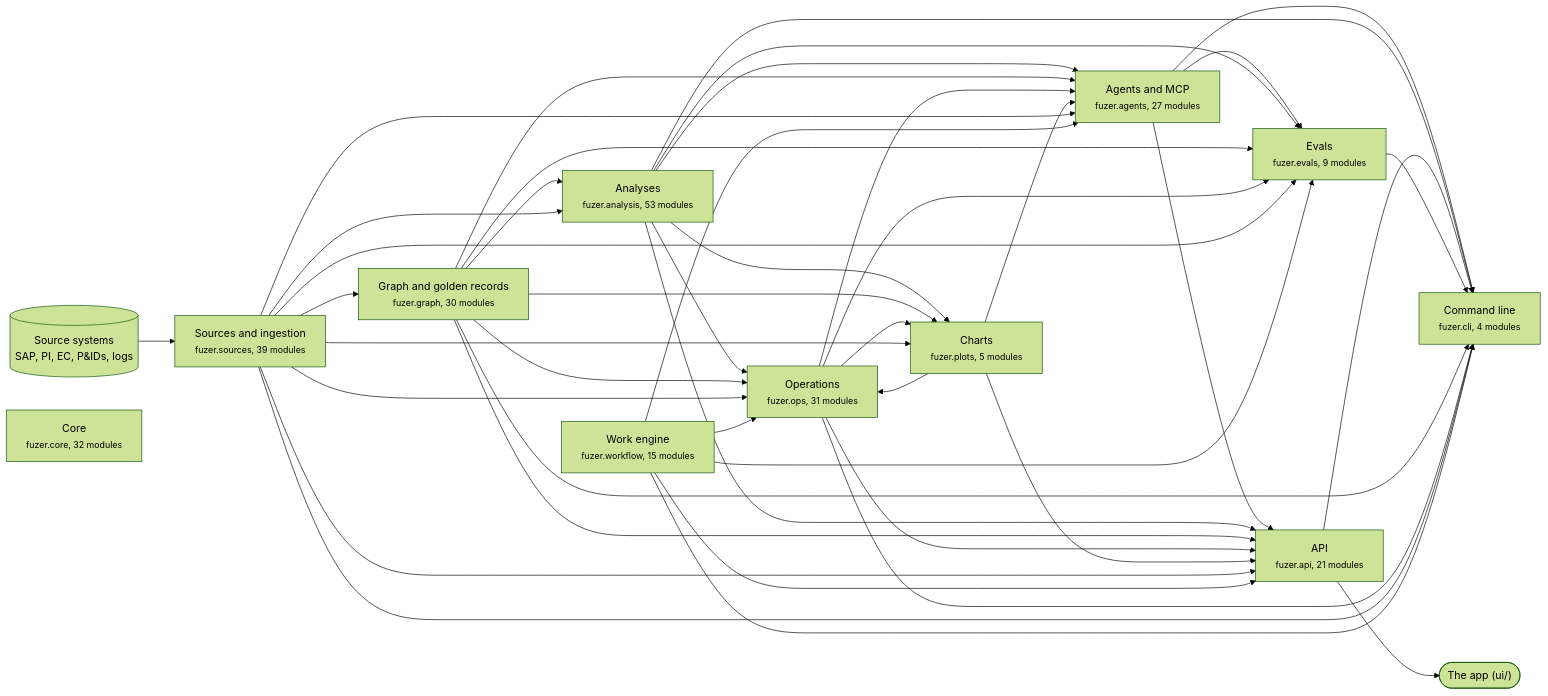
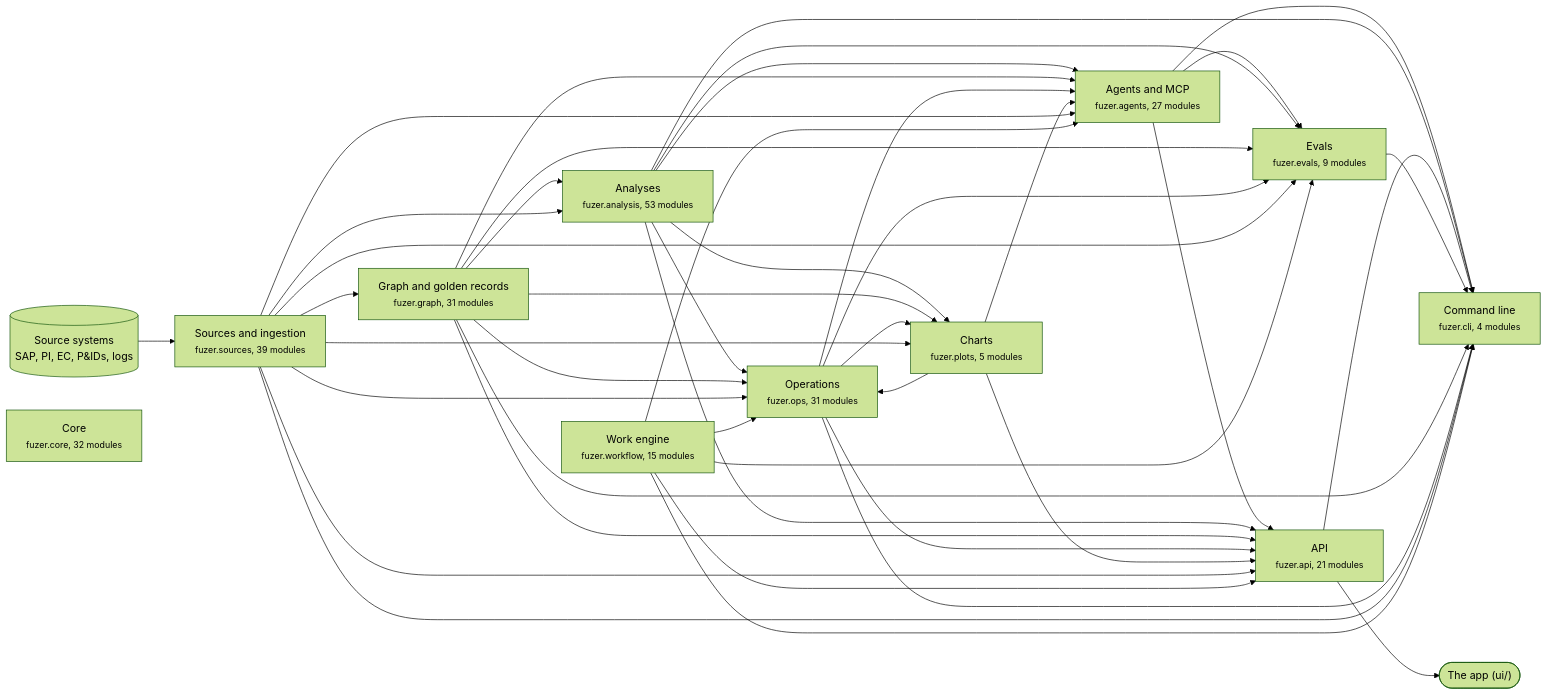
The first of 3 diagrams in docs/architecture.md (areed145/fuzer), drawn with Mermaid (forest theme) before and after one commit. The commit also changed other lines of this file and 14 other files, not shown here.

````diff
--- a/docs/architecture.md
+++ b/docs/architecture.md
@@ -8,67 +8,67 @@
 ```mermaid
 flowchart LR
   systems[("Source systems<br>SAP, PI, EC, P&IDs, logs")] --> c_sources
   app(["The app (ui/)"])
   c_api --> app
   c_sources["Sources and ingestion<br><small>fuzer.sources, 39 modules</small>"]
-  c_graph["Graph and golden records<br><small>fuzer.graph, 30 modules</small>"]
+  c_graph["Graph and golden records<br><small>fuzer.graph, 31 modules</small>"]
   c_analysis["Analyses<br><small>fuzer.analysis, 53 modules</small>"]
   c_ops["Operations<br><small>fuzer.ops, 31 modules</small>"]
   c_plots["Charts<br><small>fuzer.plots, 5 modules</small>"]
   c_workflow["Work engine<br><small>fuzer.workflow, 15 modules</small>"]
   c_agents["Agents and MCP<br><small>fuzer.agents, 27 modules</small>"]
   c_evals["Evals<br><small>fuzer.evals, 9 modules</small>"]
   c_api["API<br><small>fuzer.api, 21 modules</small>"]
   c_cli["Command line<br><small>fuzer.cli, 4 modules</small>"]
   c_core["Core<br><small>fuzer.core, 32 modules</small>"]
   c_sources --> c_graph
   c_graph --> c_analysis
   c_sources --> c_analysis
   c_analysis --> c_ops
   c_graph --> c_ops
   c_plots --> c_ops
   c_sources --> c_ops
   c_workflow --> c_ops
   c_analysis --> c_plots
   c_graph --> c_plots
   c_ops --> c_plots
   c_sources --> c_plots
   c_analysis --> c_agents
   c_graph --> c_agents
   c_ops --> c_agents
   c_plots --> c_agents
   c_sources --> c_agents
   c_workflow --> c_agents
   c_agents --> c_evals
   c_analysis --> c_evals
   c_graph --> c_evals
   c_ops --> c_evals
   c_sources --> c_evals
   c_workflow --> c_evals
   c_agents --> c_api
   c_analysis --> c_api
   c_graph --> c_api
   c_ops --> c_api
   c_plots --> c_api
   c_sources --> c_api
   c_workflow --> c_api
   c_agents --> c_cli
   c_analysis --> c_cli
   c_api --> c_cli
   c_evals --> c_cli
   c_graph --> c_cli
   c_ops --> c_cli
   c_sources --> c_cli
   c_workflow --> c_cli
   click c_sources "https://github.com/areed145/fuzer/tree/main/src/fuzer/sources"
   click c_graph "https://github.com/areed145/fuzer/tree/main/src/fuzer/graph"
   click c_analysis "https://github.com/areed145/fuzer/tree/main/src/fuzer/analysis"
   click c_ops "https://github.com/areed145/fuzer/tree/main/src/fuzer/ops"
   click c_plots "https://github.com/areed145/fuzer/tree/main/src/fuzer/plots"
   click c_workflow "https://github.com/areed145/fuzer/tree/main/src/fuzer/workflow"
   click c_agents "https://github.com/areed145/fuzer/tree/main/src/fuzer/agents"
   click c_evals "https://github.com/areed145/fuzer/tree/main/src/fuzer/evals"
   click c_api "https://github.com/areed145/fuzer/tree/main/src/fuzer/api"
   click c_cli "https://github.com/areed145/fuzer/tree/main/src/fuzer/cli"
   click c_core "https://github.com/areed145/fuzer/tree/main/src/fuzer/core"
 ```
````
